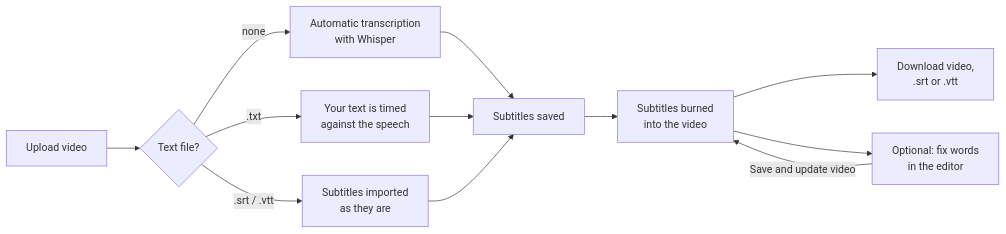
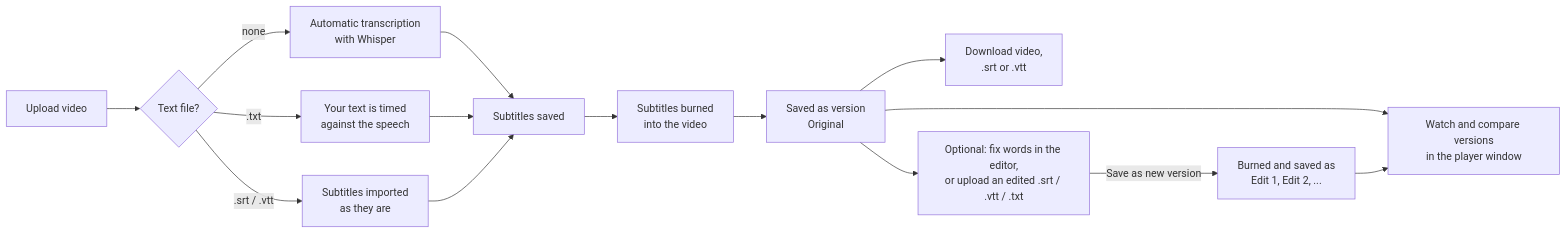
One commit to PepePapaPipi/subtitles changed the first of 4 diagrams in README.md. Above: the diagram before and after it, drawn with Mermaid. The commit also changed other lines of this file and 3 other files, not shown here.

````diff
--- a/README.md
+++ b/README.md
@@ -67,14 +67,17 @@
 ```mermaid
 flowchart LR
     A[Upload video] --> B{Text file?}
     B -- none --> C[Automatic transcription<br/>with Whisper]
     B -- .txt --> D[Your text is timed<br/>against the speech]
     B -- .srt / .vtt --> E[Subtitles imported<br/>as they are]
     C --> F[Subtitles saved]
     D --> F
     E --> F
     F --> G[Subtitles burned<br/>into the video]
-    G --> H[Download video,<br/>.srt or .vtt]
-    G --> I[Optional: fix words<br/>in the editor]
-    I -- Save and update video --> G
+    G --> S[Saved as version<br/>Original]
+    S --> V[Watch and compare versions<br/>in the player window]
+    S --> H[Download video,<br/>.srt or .vtt]
+    S --> I[Optional: fix words in the editor,<br/>or upload an edited .srt / .vtt / .txt]
+    I -- Save as new version --> N[Burned and saved as<br/>Edit 1, Edit 2, ...]
+    N --> V
 ```
````
